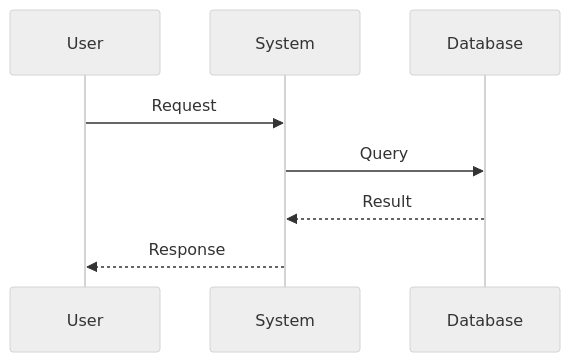
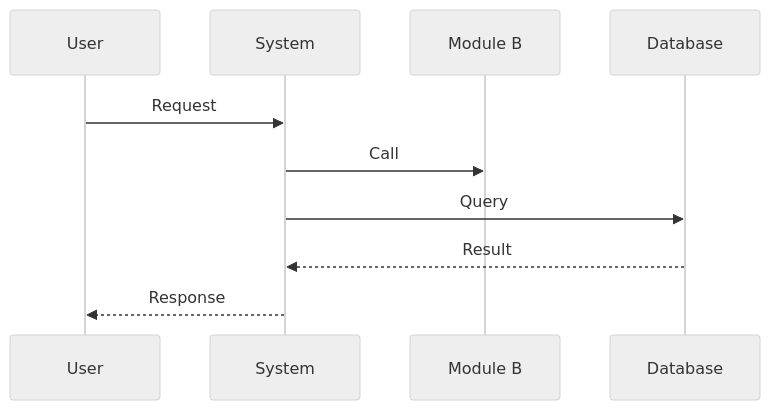
Before and after one commit to hypernetix/hyperspot: the diagram in docs/spec-templates/DESIGN.md, drawn with Mermaid (neutral theme). The commit also changed other lines of this file and 1 other file, not shown here.

Commit message:
docs(spec-templates): adjust the PRD and DESIGN templates to be more aligned with current modular architecture

````diff
--- a/docs/spec-templates/DESIGN.md
+++ b/docs/spec-templates/DESIGN.md
@@ -172,7 +169,8 @@
 ```mermaid
 sequenceDiagram
     User ->> System: Request
+    System ->> Module B: Call
     System ->> Database: Query
     Database -->> System: Result
     System -->> User: Response
 ```
````
